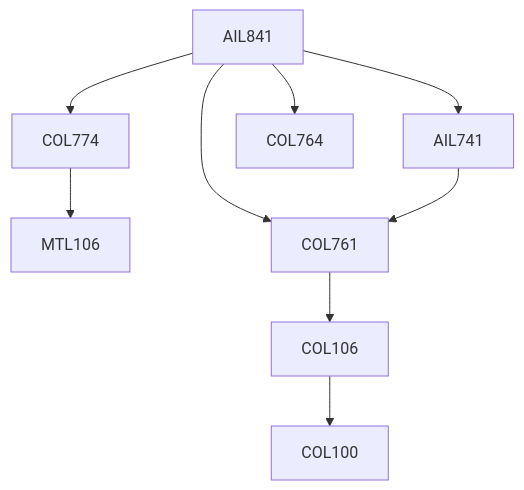
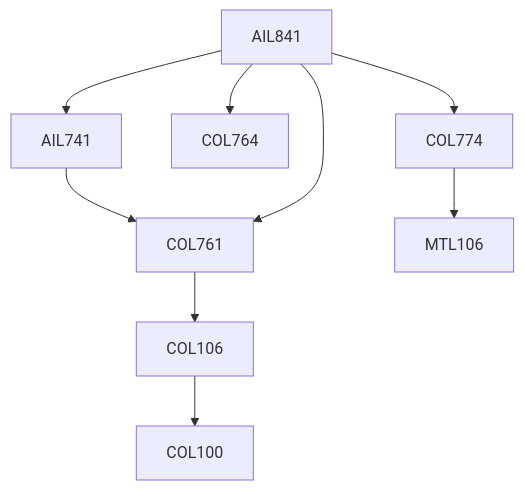
Before and after one commit to KeshavBansal0122/CoS_Website: the diagram in content/School of Artificial Intelligence/AIL841.md, drawn with Mermaid. The commit also changed other lines of this file and 2667 other files, not shown here.

````diff
--- a/content/School of Artificial Intelligence/AIL841.md
+++ b/content/School of Artificial Intelligence/AIL841.md
@@ -15,15 +13,15 @@
 ```mermaid
 flowchart TD
-AIL841-10[AIL841]
-COL106-10 --> COL100-10[COL100]
-COL774-10 --> MTL106-10[MTL106]
-AIL841-10 --> COL761-10[COL761]
-AIL841-10 --> COL774-10[COL774]
-AIL741-10 --> COL761-10[COL761]
-AIL841-10 --> AIL741-10[AIL741]
-AIL841-10 --> COL764-10[COL764]
-COL761-10 --> COL106-10[COL106]
+AIL841-13[AIL841]
+COL761-13 --> COL106-13[COL106]
+COL106-13 --> COL100-13[COL100]
+AIL841-13 --> COL774-13[COL774]
+AIL841-13 --> COL764-13[COL764]
+COL774-13 --> MTL106-13[MTL106]
+AIL841-13 --> AIL741-13[AIL741]
+AIL741-13 --> COL761-13[COL761]
+AIL841-13 --> COL761-13[COL761]
 
 classDef empty height:17px, fill:transparent, stroke:transparent;
 classDef trueEmpty height:0px, width:0px;
 ```
````
